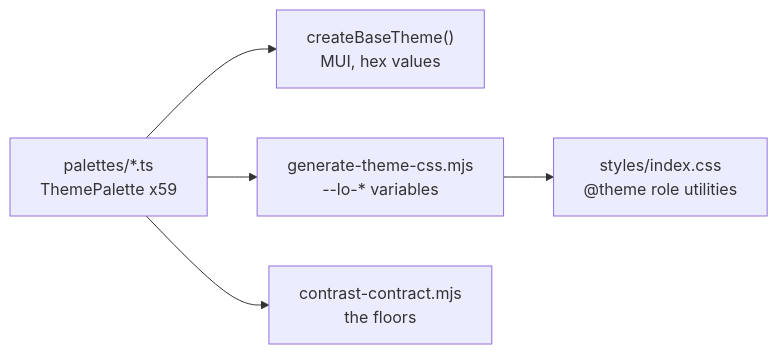
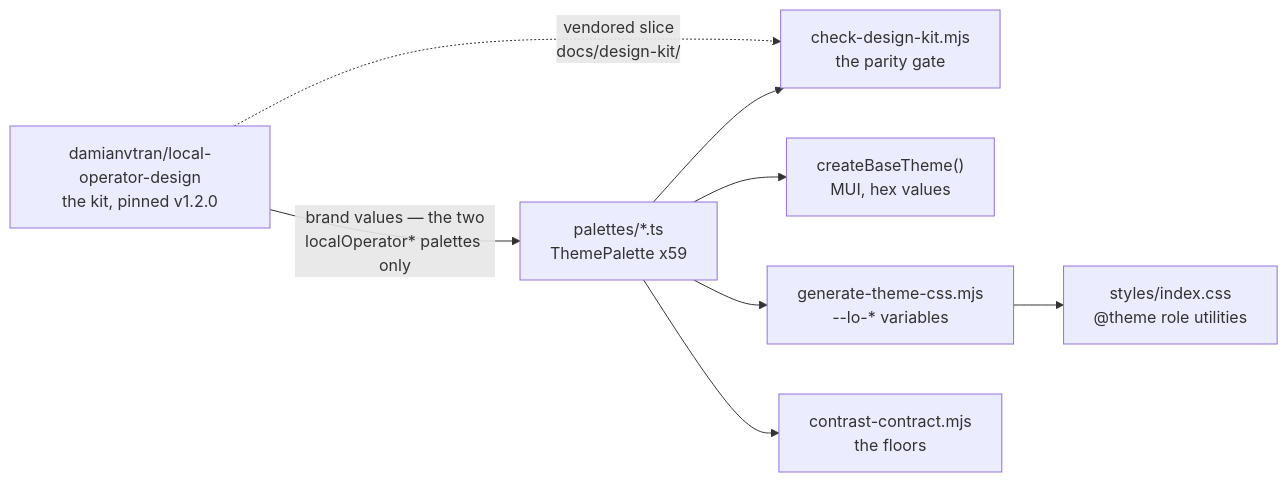
One commit to damianvtran/local-operator-ui changed the diagram in docs/branding.md. Above: the diagram before and after it, drawn with Mermaid. The commit also changed other lines of this file, not shown here.

First line of the commit message:
docs(branding): the design kit is upstream, and the parity gate

````diff
--- a/docs/branding.md
+++ b/docs/branding.md
@@ -38,7 +40,10 @@
 ```mermaid
 graph LR
-  A["palettes/*.ts<br/>ThemePalette x59"] --> B["createBaseTheme()<br/>MUI, hex values"]
+  K["damianvtran/local-operator-design<br/>the kit, pinned v1.2.0"] -->|"brand values — the two<br/>localOperator* palettes only"| A["palettes/*.ts<br/>ThemePalette x59"]
+  K -.->|"vendored slice<br/>docs/design-kit/"| F["check-design-kit.mjs<br/>the parity gate"]
+  A --> B["createBaseTheme()<br/>MUI, hex values"]
   A --> C["generate-theme-css.mjs<br/>--lo-* variables"]
   C --> D["styles/index.css<br/>@theme role utilities"]
   A --> E["contrast-contract.mjs<br/>the floors"]
+  A --> F
 ```
````
